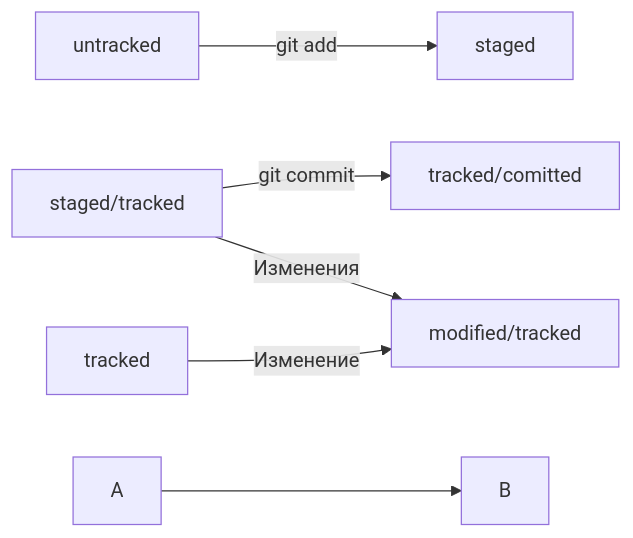
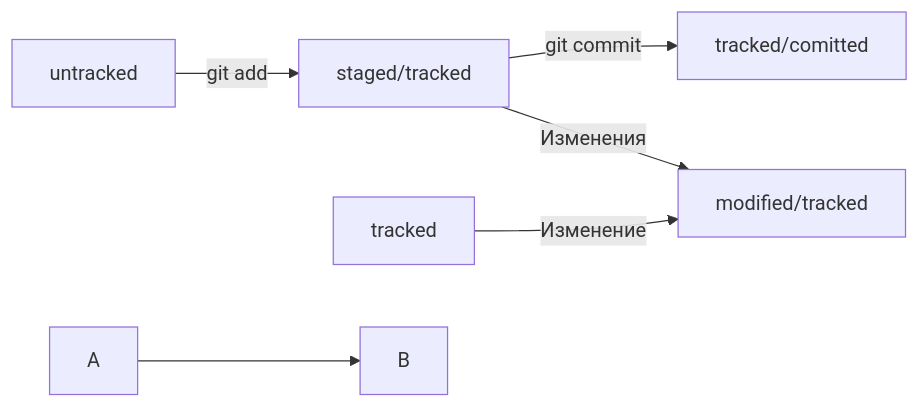
The second of 2 diagrams in README.md (antonivashevich/yandex), drawn with Mermaid before and after one commit.

Commit message:
добавление графика статусов (2)

````diff
--- a/README.md
+++ b/README.md
@@ -61,9 +61,9 @@
 ```mermaid
 graph LR;
-  untracked -- "git add" --> staged;
+  untracked -- "git add" --> staged/tracked;
   staged/tracked -- "git commit" --> tracked/comitted;
   staged/tracked -- "Изменения" --> modified/tracked;
   tracked -- "Изменение" --> modified/tracked;
 %% стрелка без текста для примера: 
   A --> B;
 ``` 
````
